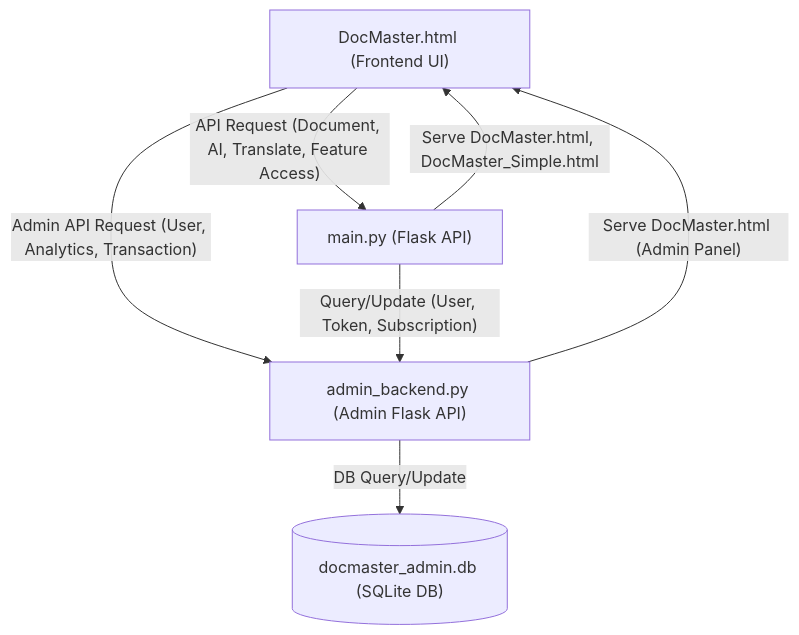
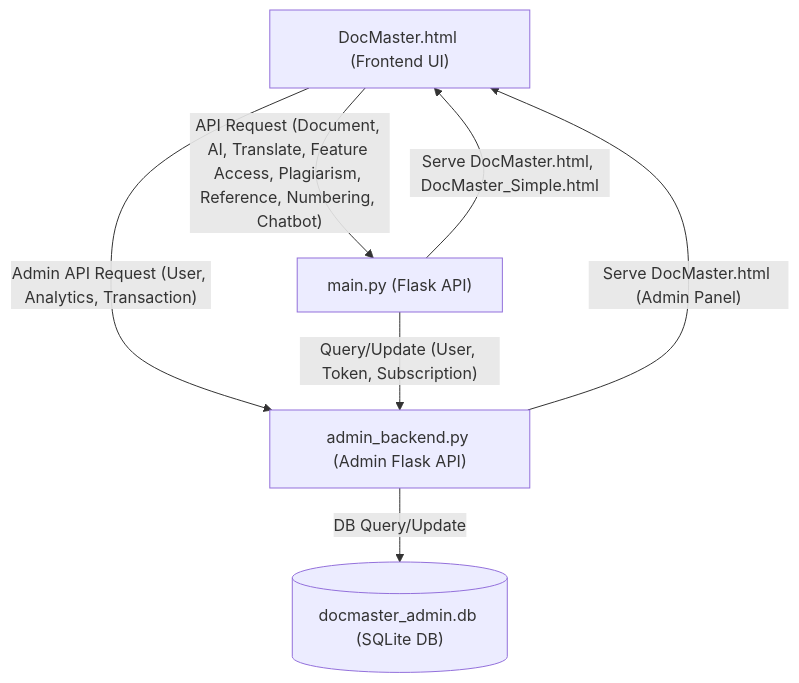
Before and after one commit to Ascalon984/DocFusionn: the first of 11 diagrams in DocMaster_Flowchart.md, drawn with Mermaid. The commit also changed other lines of this file, not shown here.

````diff
--- a/DocMaster_Flowchart.md
+++ b/DocMaster_Flowchart.md
@@ -3,14 +6,14 @@
 ```mermaid
 flowchart TD
     Frontend["DocMaster.html (Frontend UI)"]
     MainAPI["main.py (Flask API)"]
     AdminAPI["admin_backend.py (Admin Flask API)"]
     Database[("docmaster_admin.db (SQLite DB)")]
     
-    Frontend -- "API Request (Document, AI, Translate, Feature Access)" --> MainAPI
+    Frontend -- "API Request (Document, AI, Translate, Feature Access, Plagiarism, Reference, Numbering, Chatbot)" --> MainAPI
     Frontend -- "Admin API Request (User, Analytics, Transaction)" --> AdminAPI
     MainAPI -- "Query/Update (User, Token, Subscription)" --> AdminAPI
     AdminAPI -- "DB Query/Update" --> Database
     MainAPI -- "Serve DocMaster.html, DocMaster_Simple.html" --> Frontend
     AdminAPI -- "Serve DocMaster.html (Admin Panel)" --> Frontend
 ```
````
